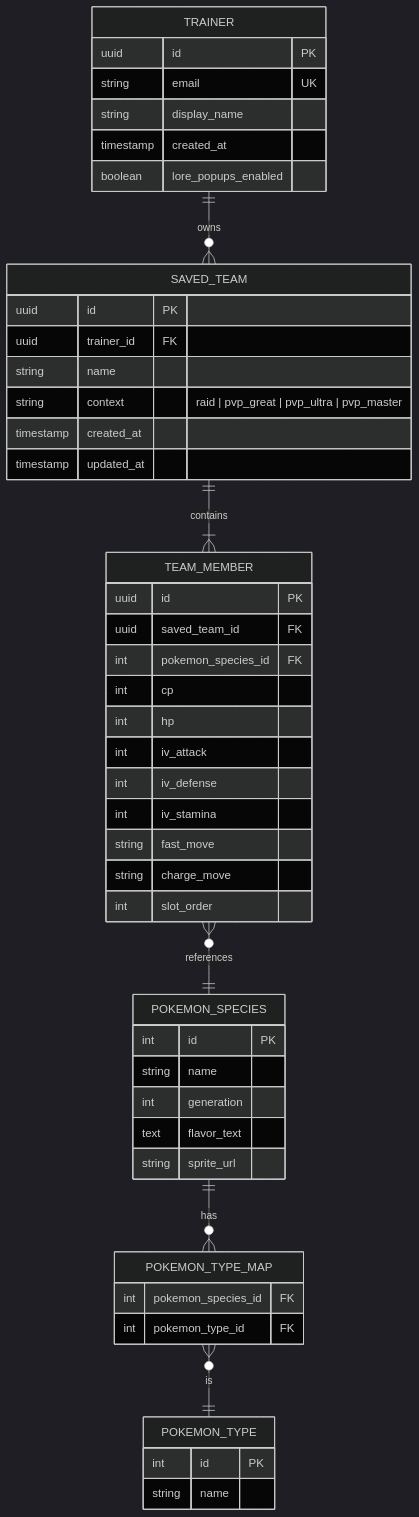
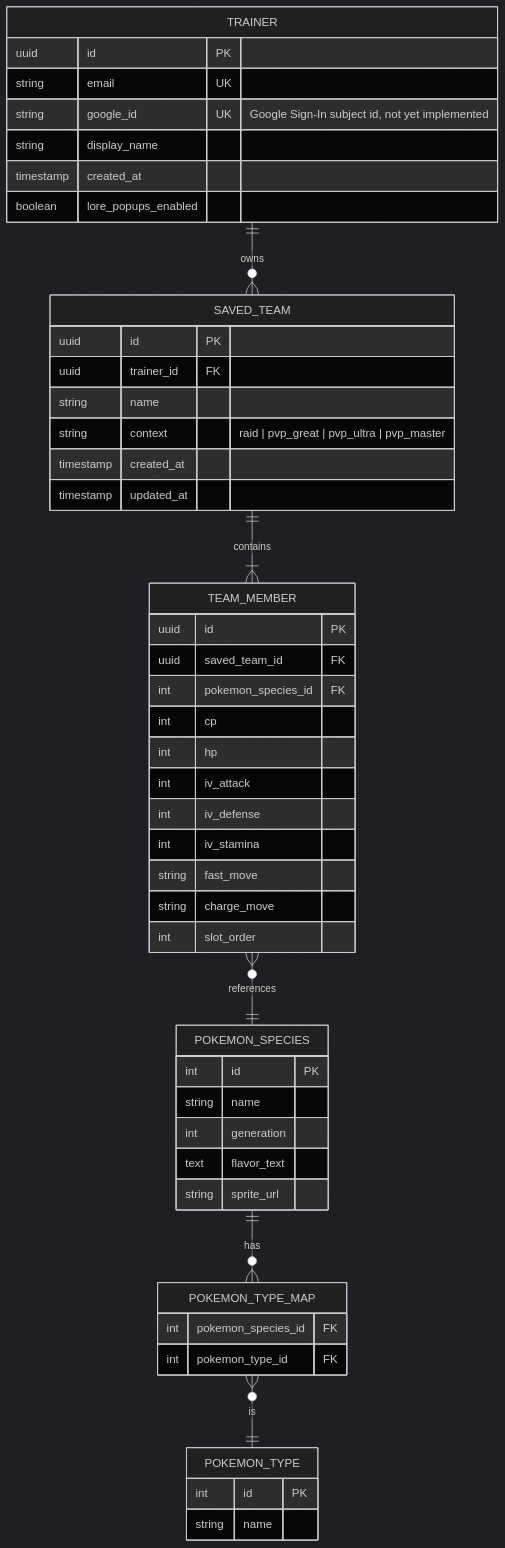
The diagram in docs/entity-relationship-diagram.md (leodah20/pokemon-trainer-companion), drawn with Mermaid (dark theme) before and after one commit. The commit also changed other lines of this file and 6 other files, not shown here.

````diff
--- a/docs/entity-relationship-diagram.md
+++ b/docs/entity-relationship-diagram.md
@@ -7,57 +7,58 @@
 ```mermaid
 erDiagram
     TRAINER ||--o{ SAVED_TEAM : owns
     SAVED_TEAM ||--|{ TEAM_MEMBER : contains
     TEAM_MEMBER }o--|| POKEMON_SPECIES : references
     POKEMON_SPECIES ||--o{ POKEMON_TYPE_MAP : has
     POKEMON_TYPE_MAP }o--|| POKEMON_TYPE : is
 
     TRAINER {
         uuid id PK
         string email UK
+        string google_id UK "Google Sign-In subject id, not yet implemented"
         string display_name
         timestamp created_at
         boolean lore_popups_enabled
     }
 
     SAVED_TEAM {
         uuid id PK
         uuid trainer_id FK
         string name
         string context "raid | pvp_great | pvp_ultra | pvp_master"
         timestamp created_at
         timestamp updated_at
     }
 
     TEAM_MEMBER {
         uuid id PK
         uuid saved_team_id FK
         int pokemon_species_id FK
         int cp
         int hp
         int iv_attack
         int iv_defense
         int iv_stamina
         string fast_move
         string charge_move
         int slot_order
     }
 
     POKEMON_SPECIES {
         int id PK
         string name
         int generation
         text flavor_text
         string sprite_url
     }
 
     POKEMON_TYPE {
         int id PK
         string name
     }
 
     POKEMON_TYPE_MAP {
         int pokemon_species_id FK
         int pokemon_type_id FK
     }
 ```
````
